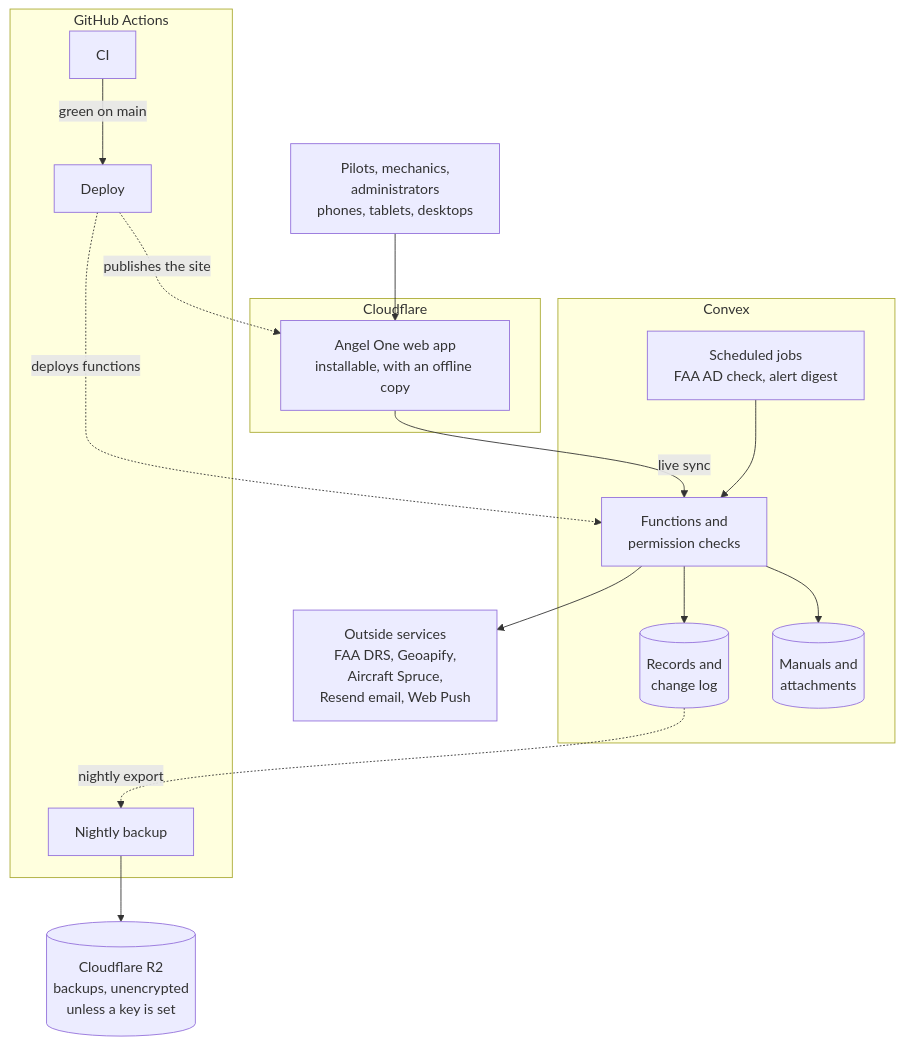
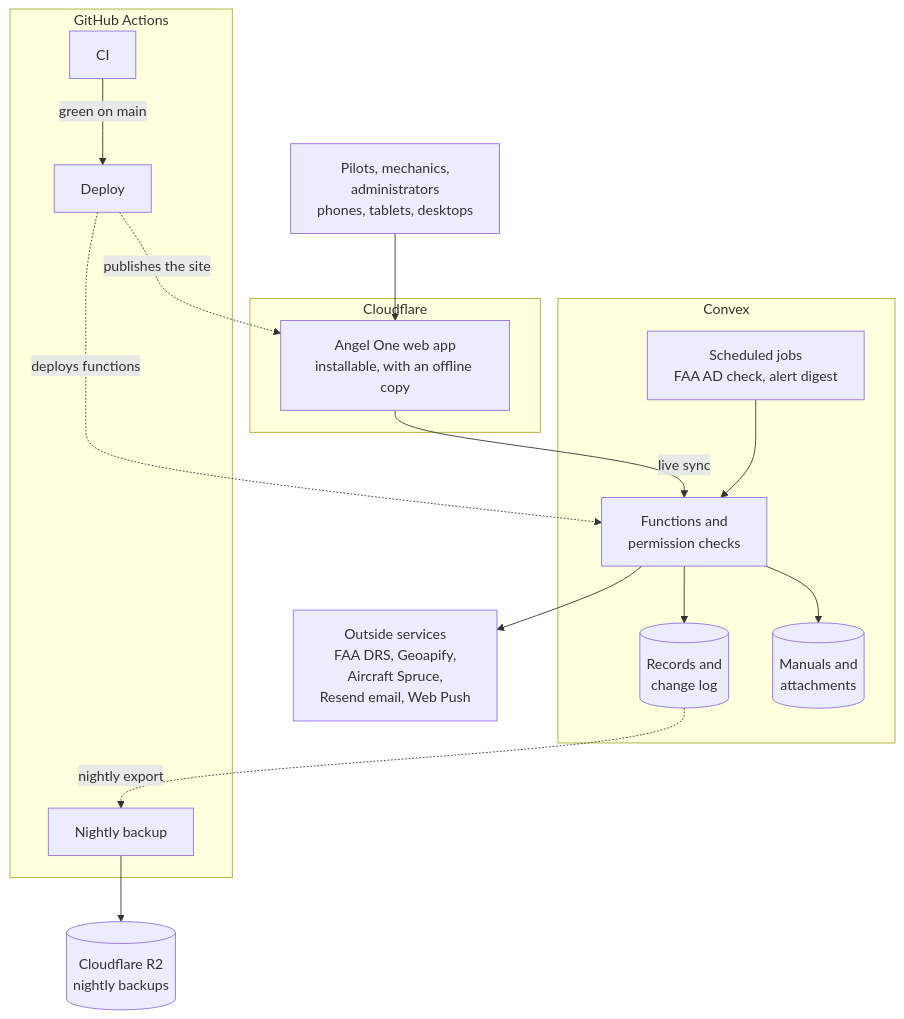
Before and after one commit to angelone-aviation/AO-aircraft-maintenance: the diagram in README.md, drawn with Mermaid. The commit also changed other lines of this file and 24 other files, not shown here.

````diff
--- a/README.md
+++ b/README.md
@@ -115,30 +115,30 @@
 ```mermaid
 flowchart TB
   People["Pilots, mechanics,<br/>administrators<br/>phones, tablets, desktops"]
   subgraph CF["Cloudflare"]
     App["Angel One web app<br/>installable, with an offline copy"]
   end
   subgraph CX["Convex"]
     Fns["Functions and<br/>permission checks"]
     DB[("Records and<br/>change log")]
     Files[("Manuals and<br/>attachments")]
     Jobs["Scheduled jobs<br/>FAA AD check, alert digest"]
   end
   Ext["Outside services<br/>FAA DRS, Geoapify,<br/>Aircraft Spruce,<br/>Resend email, Web Push"]
   subgraph GH["GitHub Actions"]
     CI["CI"] -->|green on main| Deploy["Deploy"]
     Nightly["Nightly backup"]
   end
-  R2[("Cloudflare R2<br/>backups, unencrypted<br/>unless a key is set")]
+  R2[("Cloudflare R2<br/>nightly backups")]
 
   People --> App
   App -->|live sync| Fns
   Jobs --> Fns
   Fns --> DB
   Fns --> Files
   Fns --> Ext
   Deploy -.->|publishes the site| App
   Deploy -.->|deploys functions| Fns
   DB -.->|nightly export| Nightly
   Nightly --> R2
 ```
````
